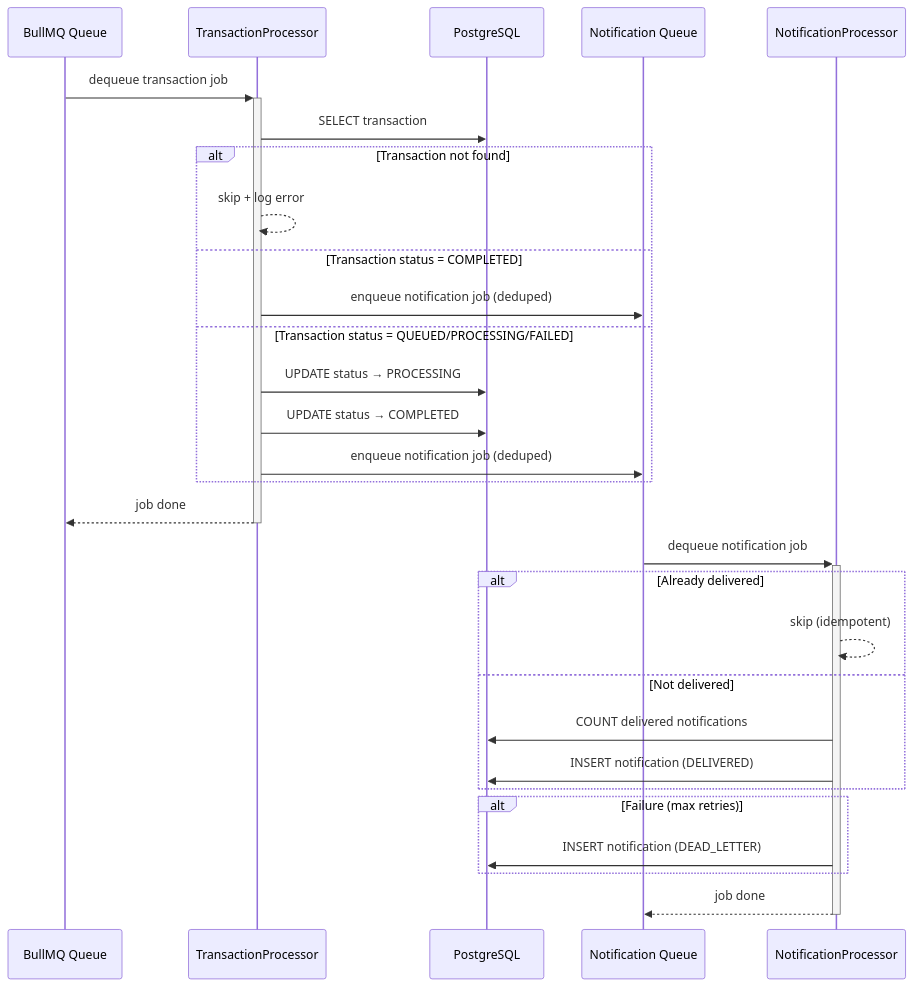
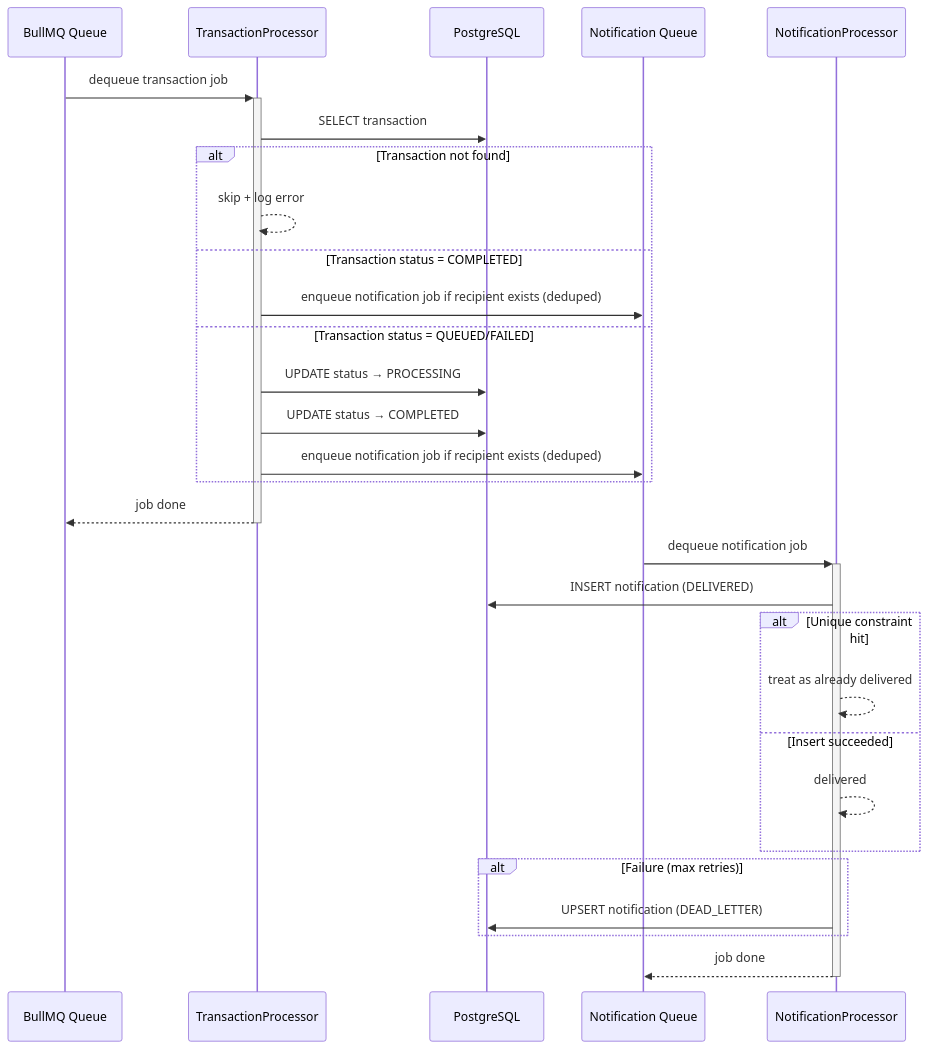
One commit to trongtrandp/Transaction-Ledger-System changed the fourth of 6 diagrams in docs/ARCHITECTURE.md. Above: the diagram before and after it, drawn with Mermaid. The commit also changed other lines of this file and 22 other files, not shown here.

````diff
--- a/docs/ARCHITECTURE.md
+++ b/docs/ARCHITECTURE.md
@@ -123,33 +123,33 @@
 ```mermaid
 sequenceDiagram
     participant Q as BullMQ Queue
     participant TP as TransactionProcessor
     participant DB as PostgreSQL
     participant NQ as Notification Queue
     participant NP as NotificationProcessor
 
     Q->>+TP: dequeue transaction job
     TP->>DB: SELECT transaction
     alt Transaction not found
         TP-->>TP: skip + log error
     else Transaction status = COMPLETED
-        TP->>NQ: enqueue notification job (deduped)
-    else Transaction status = QUEUED/PROCESSING/FAILED
+        TP->>NQ: enqueue notification job if recipient exists (deduped)
+    else Transaction status = QUEUED/FAILED
         TP->>DB: UPDATE status → PROCESSING
         TP->>DB: UPDATE status → COMPLETED
-        TP->>NQ: enqueue notification job (deduped)
+        TP->>NQ: enqueue notification job if recipient exists (deduped)
     end
     TP-->>-Q: job done
 
     NQ->>+NP: dequeue notification job
-    alt Already delivered
-        NP-->>NP: skip (idempotent)
-    else Not delivered
-        NP->>DB: COUNT delivered notifications
-        NP->>DB: INSERT notification (DELIVERED)
+    NP->>DB: INSERT notification (DELIVERED)
+    alt Unique constraint hit
+        NP-->>NP: treat as already delivered
+    else Insert succeeded
+        NP-->>NP: delivered
     end
     alt Failure (max retries)
-        NP->>DB: INSERT notification (DEAD_LETTER)
+        NP->>DB: UPSERT notification (DEAD_LETTER)
     end
     NP-->>-NQ: job done
 ```
````
